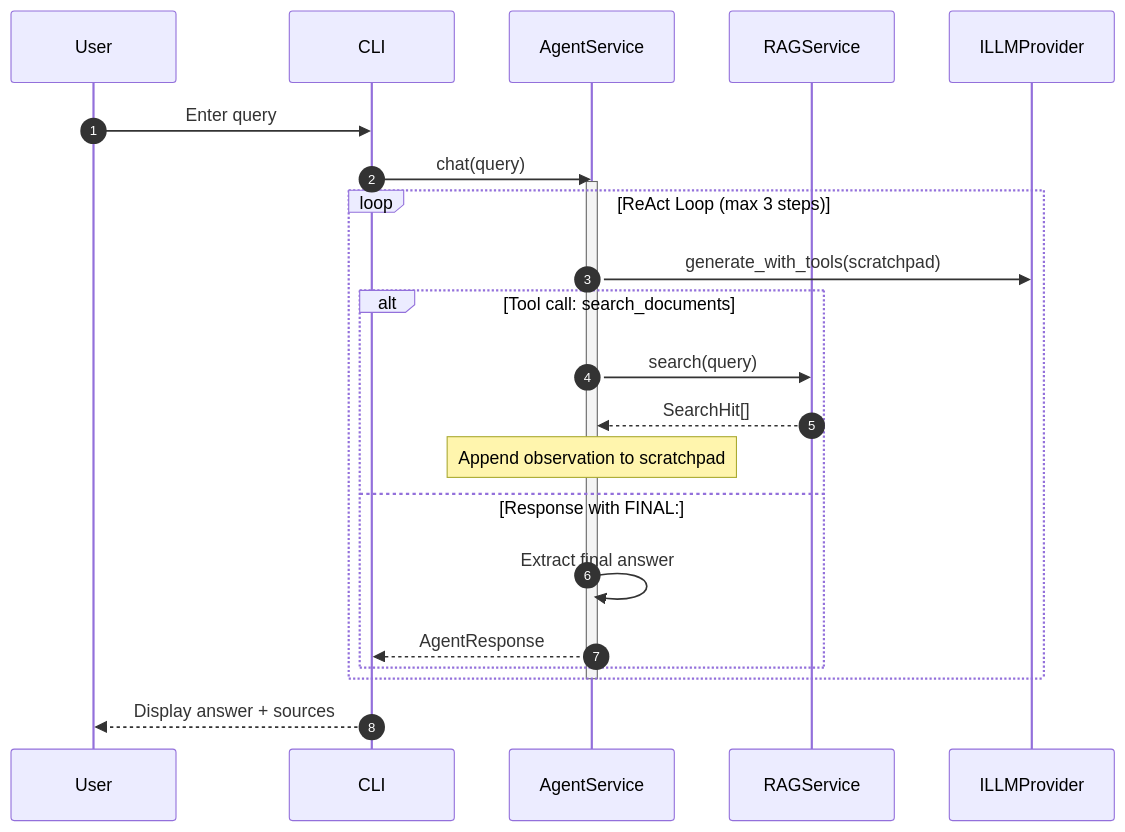
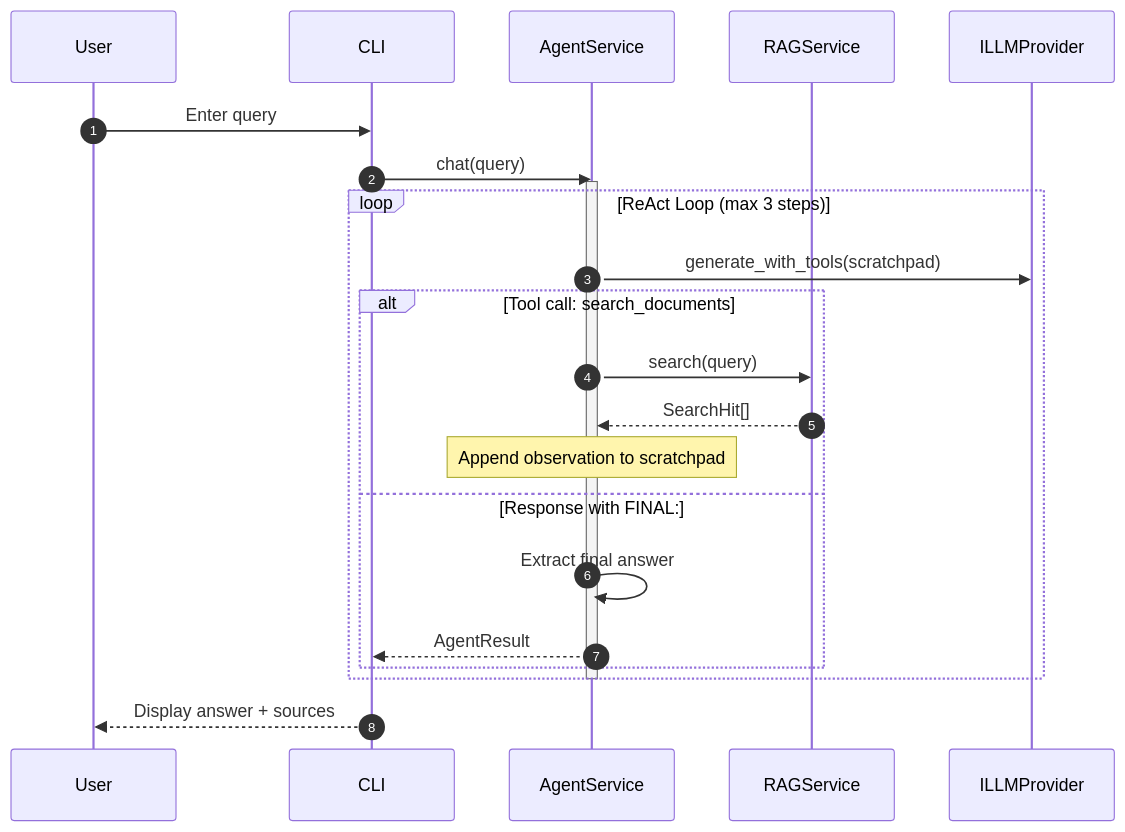
The second of 3 diagrams in docs/architecture.md (FullFran/Hybrid-RAG-example), drawn with Mermaid before and after one commit. The commit also changed 4 other files, not shown here.

First line of the commit message:
refactor: unify AgentService response to AgentResult with stream

````diff
--- a/docs/architecture.md
+++ b/docs/architecture.md
@@ -128,29 +128,29 @@
 ```mermaid
 sequenceDiagram
     autonumber
     participant U as User
     participant CLI as CLI
     participant Agent as AgentService
     participant RAG as RAGService
     participant LLM as ILLMProvider
 
     U->>CLI: Enter query
     CLI->>Agent: chat(query)
     activate Agent
 
     loop ReAct Loop (max 3 steps)
         Agent->>LLM: generate_with_tools(scratchpad)
         
         alt Tool call: search_documents
             Agent->>RAG: search(query)
             RAG-->>Agent: SearchHit[]
             Note over Agent: Append observation to scratchpad
         else Response with FINAL:
             Agent->>Agent: Extract final answer
-            Agent-->>CLI: AgentResponse
+            Agent-->>CLI: AgentResult
         end
     end
 
     deactivate Agent
     CLI-->>U: Display answer + sources
 ```
````
